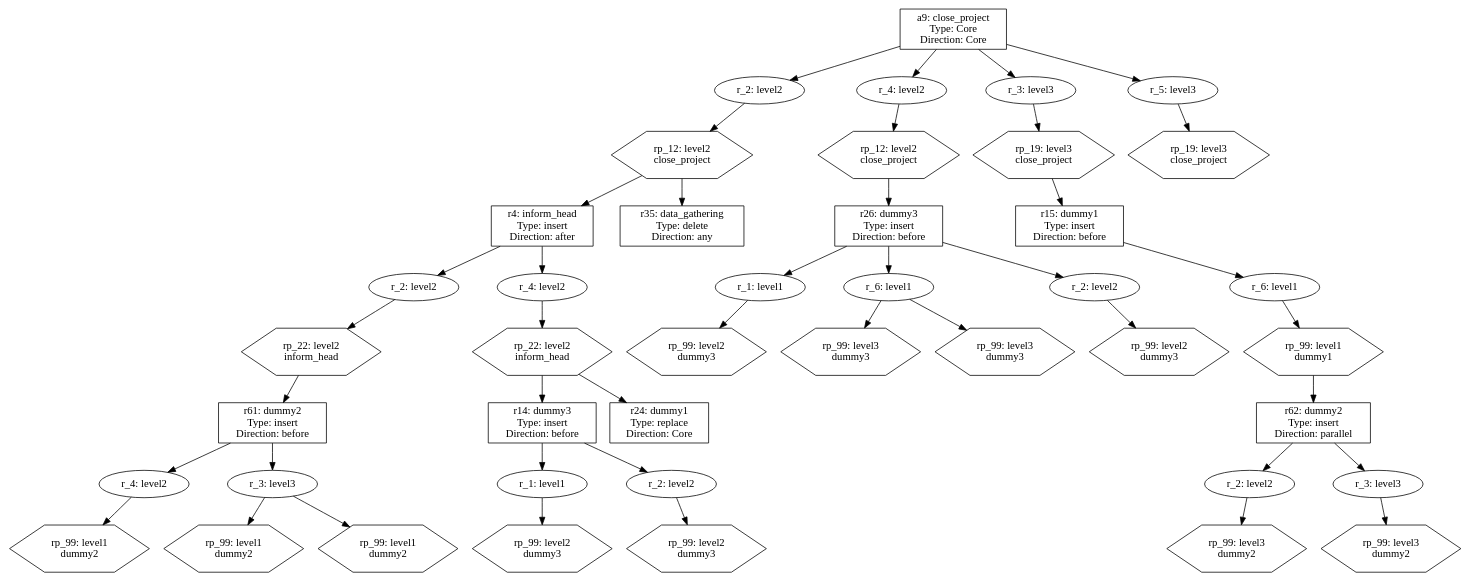
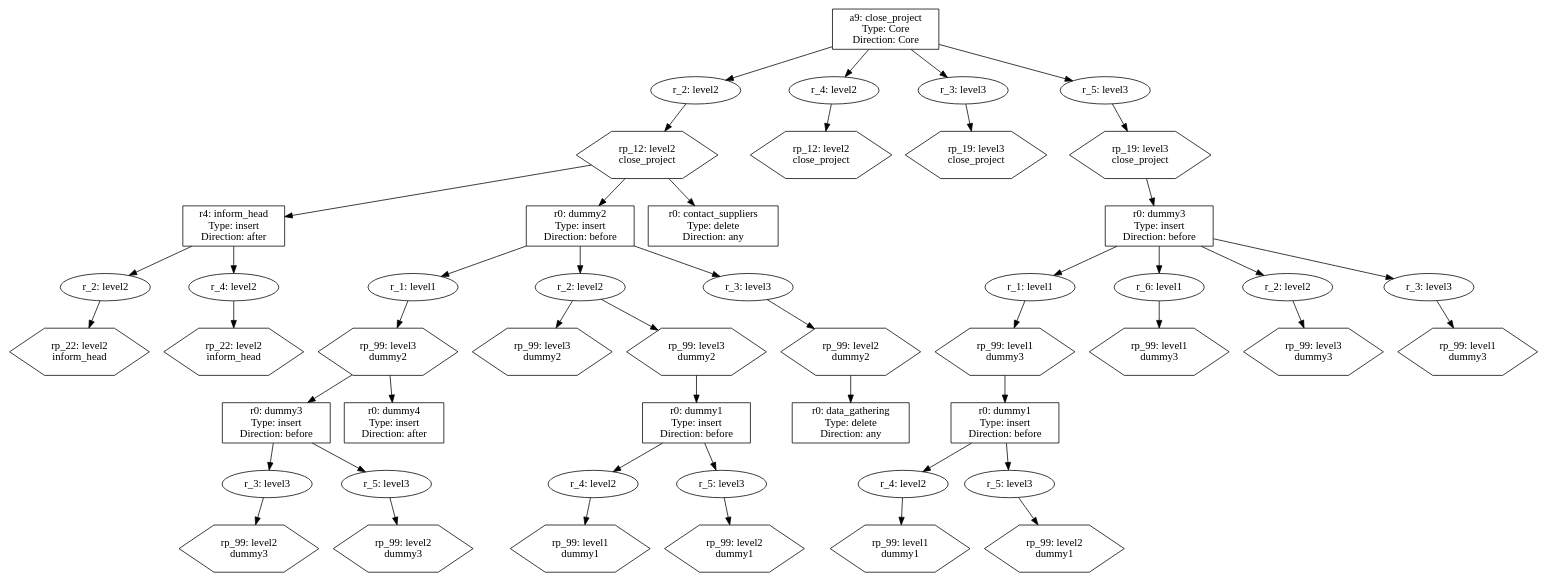
One commit to Schlixmann/RA-RPST-Allocation changed the diagram in tree_allocation/tree/tmp/call_tree.dot. Above: the diagram before and after it, drawn with Graphviz. The commit also changed 11 other files, not shown here.

```diff
--- a/tree_allocation/tree/tmp/call_tree.dot
+++ b/tree_allocation/tree/tmp/call_tree.dot
@@ -1,123 +1,139 @@
 digraph CallTree {
-	"e8c9a686-c128-11ee-ba9d-ac1a3ddd05c7" [label = "a9: close_project 
+	"a09e68c8-c1e7-11ee-8619-04cf4b795879" [label = "a9: close_project 
  Type: Core 
  Direction: Core" shape=rectangle]	; 
-	"e8c9b2de-c128-11ee-ba9d-ac1a3ddd05c7" [label = "r_2: level2"]	; 
-	"e8c9a686-c128-11ee-ba9d-ac1a3ddd05c7" -> "e8c9b2de-c128-11ee-ba9d-ac1a3ddd05c7"	 ;
-	"e8c9b4fa-c128-11ee-ba9d-ac1a3ddd05c7" [label = "rp_12: level2 
+	"a09e78e0-c1e7-11ee-8619-04cf4b795879" [label = "r_2: level2"]	; 
+	"a09e68c8-c1e7-11ee-8619-04cf4b795879" -> "a09e78e0-c1e7-11ee-8619-04cf4b795879"	 ;
+	"a09e7ade-c1e7-11ee-8619-04cf4b795879" [label = "rp_12: level2 
  close_project" shape=polygon sides=6]	; 
-	"e8c9b2de-c128-11ee-ba9d-ac1a3ddd05c7" -> "e8c9b4fa-c128-11ee-ba9d-ac1a3ddd05c7"	 ;
-	"e8c9b644-c128-11ee-ba9d-ac1a3ddd05c7" [label = "r4: inform_head 
+	"a09e78e0-c1e7-11ee-8619-04cf4b795879" -> "a09e7ade-c1e7-11ee-8619-04cf4b795879"	 ;
+	"a09e7be2-c1e7-11ee-8619-04cf4b795879" [label = "r4: inform_head 
  Type: insert 
  Direction: after" shape=rectangle]	; 
-	"e8c9b4fa-c128-11ee-ba9d-ac1a3ddd05c7" -> "e8c9b644-c128-11ee-ba9d-ac1a3ddd05c7"	 ;
-	"e8c9ba22-c128-11ee-ba9d-ac1a3ddd05c7" [label = "r_2: level2"]	; 
-	"e8c9b644-c128-11ee-ba9d-ac1a3ddd05c7" -> "e8c9ba22-c128-11ee-ba9d-ac1a3ddd05c7"	 ;
-	"e8c9bbe4-c128-11ee-ba9d-ac1a3ddd05c7" [label = "rp_22: level2 
+	"a09e7ade-c1e7-11ee-8619-04cf4b795879" -> "a09e7be2-c1e7-11ee-8619-04cf4b795879"	 ;
+	"a09e7fb6-c1e7-11ee-8619-04cf4b795879" [label = "r_2: level2"]	; 
+	"a09e7be2-c1e7-11ee-8619-04cf4b795879" -> "a09e7fb6-c1e7-11ee-8619-04cf4b795879"	 ;
+	"a09e81aa-c1e7-11ee-8619-04cf4b795879" [label = "rp_22: level2 
  inform_head" shape=polygon sides=6]	; 
-	"e8c9ba22-c128-11ee-ba9d-ac1a3ddd05c7" -> "e8c9bbe4-c128-11ee-ba9d-ac1a3ddd05c7"	 ;
-	"e8c9bd06-c128-11ee-ba9d-ac1a3ddd05c7" [label = "r61: dummy2 
+	"a09e7fb6-c1e7-11ee-8619-04cf4b795879" -> "a09e81aa-c1e7-11ee-8619-04cf4b795879"	 ;
+	"a09e82a4-c1e7-11ee-8619-04cf4b795879" [label = "r_4: level2"]	; 
+	"a09e7be2-c1e7-11ee-8619-04cf4b795879" -> "a09e82a4-c1e7-11ee-8619-04cf4b795879"	 ;
+	"a09e845c-c1e7-11ee-8619-04cf4b795879" [label = "rp_22: level2 
+ inform_head" shape=polygon sides=6]	; 
+	"a09e82a4-c1e7-11ee-8619-04cf4b795879" -> "a09e845c-c1e7-11ee-8619-04cf4b795879"	 ;
+	"a09e8542-c1e7-11ee-8619-04cf4b795879" [label = "r0: dummy2 
  Type: insert 
  Direction: before" shape=rectangle]	; 
-	"e8c9bbe4-c128-11ee-ba9d-ac1a3ddd05c7" -> "e8c9bd06-c128-11ee-ba9d-ac1a3ddd05c7"	 ;
-	"e8c9bf68-c128-11ee-ba9d-ac1a3ddd05c7" [label = "r_4: level2"]	; 
-	"e8c9bd06-c128-11ee-ba9d-ac1a3ddd05c7" -> "e8c9bf68-c128-11ee-ba9d-ac1a3ddd05c7"	 ;
-	"e8c9c102-c128-11ee-ba9d-ac1a3ddd05c7" [label = "rp_99: level1 
+	"a09e7ade-c1e7-11ee-8619-04cf4b795879" -> "a09e8542-c1e7-11ee-8619-04cf4b795879"	 ;
+	"a09e8b1e-c1e7-11ee-8619-04cf4b795879" [label = "r_1: level1"]	; 
+	"a09e8542-c1e7-11ee-8619-04cf4b795879" -> "a09e8b1e-c1e7-11ee-8619-04cf4b795879"	 ;
+	"a09e8cd6-c1e7-11ee-8619-04cf4b795879" [label = "rp_99: level3 
  dummy2" shape=polygon sides=6]	; 
-	"e8c9bf68-c128-11ee-ba9d-ac1a3ddd05c7" -> "e8c9c102-c128-11ee-ba9d-ac1a3ddd05c7"	 ;
-	"e8c9c224-c128-11ee-ba9d-ac1a3ddd05c7" [label = "r_3: level3"]	; 
-	"e8c9bd06-c128-11ee-ba9d-ac1a3ddd05c7" -> "e8c9c224-c128-11ee-ba9d-ac1a3ddd05c7"	 ;
-	"e8c9c3aa-c128-11ee-ba9d-ac1a3ddd05c7" [label = "rp_99: level1 
- dummy2" shape=polygon sides=6]	; 
-	"e8c9c224-c128-11ee-ba9d-ac1a3ddd05c7" -> "e8c9c3aa-c128-11ee-ba9d-ac1a3ddd05c7"	 ;
-	"e8c9c4ae-c128-11ee-ba9d-ac1a3ddd05c7" [label = "rp_99: level1 
- dummy2" shape=polygon sides=6]	; 
-	"e8c9c224-c128-11ee-ba9d-ac1a3ddd05c7" -> "e8c9c4ae-c128-11ee-ba9d-ac1a3ddd05c7"	 ;
-	"e8c9c5c6-c128-11ee-ba9d-ac1a3ddd05c7" [label = "r_4: level2"]	; 
-	"e8c9b644-c128-11ee-ba9d-ac1a3ddd05c7" -> "e8c9c5c6-c128-11ee-ba9d-ac1a3ddd05c7"	 ;
-	"e8c9c74c-c128-11ee-ba9d-ac1a3ddd05c7" [label = "rp_22: level2 
- inform_head" shape=polygon sides=6]	; 
-	"e8c9c5c6-c128-11ee-ba9d-ac1a3ddd05c7" -> "e8c9c74c-c128-11ee-ba9d-ac1a3ddd05c7"	 ;
-	"e8c9c8aa-c128-11ee-ba9d-ac1a3ddd05c7" [label = "r14: dummy3 
+	"a09e8b1e-c1e7-11ee-8619-04cf4b795879" -> "a09e8cd6-c1e7-11ee-8619-04cf4b795879"	 ;
+	"a09e8dd0-c1e7-11ee-8619-04cf4b795879" [label = "r0: dummy3 
  Type: insert 
  Direction: before" shape=rectangle]	; 
-	"e8c9c74c-c128-11ee-ba9d-ac1a3ddd05c7" -> "e8c9c8aa-c128-11ee-ba9d-ac1a3ddd05c7"	 ;
-	"e8c9cada-c128-11ee-ba9d-ac1a3ddd05c7" [label = "r_1: level1"]	; 
-	"e8c9c8aa-c128-11ee-ba9d-ac1a3ddd05c7" -> "e8c9cada-c128-11ee-ba9d-ac1a3ddd05c7"	 ;
-	"e8c9cc6a-c128-11ee-ba9d-ac1a3ddd05c7" [label = "rp_99: level2 
+	"a09e8cd6-c1e7-11ee-8619-04cf4b795879" -> "a09e8dd0-c1e7-11ee-8619-04cf4b795879"	 ;
+	"a09e903c-c1e7-11ee-8619-04cf4b795879" [label = "r_3: level3"]	; 
+	"a09e8dd0-c1e7-11ee-8619-04cf4b795879" -> "a09e903c-c1e7-11ee-8619-04cf4b795879"	 ;
+	"a09e91f4-c1e7-11ee-8619-04cf4b795879" [label = "rp_99: level2 
  dummy3" shape=polygon sides=6]	; 
-	"e8c9cada-c128-11ee-ba9d-ac1a3ddd05c7" -> "e8c9cc6a-c128-11ee-ba9d-ac1a3ddd05c7"	 ;
-	"e8c9cd78-c128-11ee-ba9d-ac1a3ddd05c7" [label = "r_2: level2"]	; 
-	"e8c9c8aa-c128-11ee-ba9d-ac1a3ddd05c7" -> "e8c9cd78-c128-11ee-ba9d-ac1a3ddd05c7"	 ;
-	"e8c9cefe-c128-11ee-ba9d-ac1a3ddd05c7" [label = "rp_99: level2 
+	"a09e903c-c1e7-11ee-8619-04cf4b795879" -> "a09e91f4-c1e7-11ee-8619-04cf4b795879"	 ;
+	"a09e92ee-c1e7-11ee-8619-04cf4b795879" [label = "r_5: level3"]	; 
+	"a09e8dd0-c1e7-11ee-8619-04cf4b795879" -> "a09e92ee-c1e7-11ee-8619-04cf4b795879"	 ;
+	"a09e9492-c1e7-11ee-8619-04cf4b795879" [label = "rp_99: level2 
  dummy3" shape=polygon sides=6]	; 
-	"e8c9cd78-c128-11ee-ba9d-ac1a3ddd05c7" -> "e8c9cefe-c128-11ee-ba9d-ac1a3ddd05c7"	 ;
-	"e8c9d00c-c128-11ee-ba9d-ac1a3ddd05c7" [label = "r24: dummy1 
- Type: replace 
- Direction: Core" shape=rectangle]	; 
-	"e8c9c74c-c128-11ee-ba9d-ac1a3ddd05c7" -> "e8c9d00c-c128-11ee-ba9d-ac1a3ddd05c7"	 ;
-	"e8c9d28c-c128-11ee-ba9d-ac1a3ddd05c7" [label = "r35: data_gathering 
+	"a09e92ee-c1e7-11ee-8619-04cf4b795879" -> "a09e9492-c1e7-11ee-8619-04cf4b795879"	 ;
+	"a09e9582-c1e7-11ee-8619-04cf4b795879" [label = "r0: dummy4 
+ Type: insert 
+ Direction: after" shape=rectangle]	; 
+	"a09e8cd6-c1e7-11ee-8619-04cf4b795879" -> "a09e9582-c1e7-11ee-8619-04cf4b795879"	 ;
+	"a09e9730-c1e7-11ee-8619-04cf4b795879" [label = "r_2: level2"]	; 
+	"a09e8542-c1e7-11ee-8619-04cf4b795879" -> "a09e9730-c1e7-11ee-8619-04cf4b795879"	 ;
+	"a09e98de-c1e7-11ee-8619-04cf4b795879" [label = "rp_99: level3 
+ dummy2" shape=polygon sides=6]	; 
+	"a09e9730-c1e7-11ee-8619-04cf4b795879" -> "a09e98de-c1e7-11ee-8619-04cf4b795879"	 ;
+	"a09e99ba-c1e7-11ee-8619-04cf4b795879" [label = "rp_99: level3 
+ dummy2" shape=polygon sides=6]	; 
+	"a09e9730-c1e7-11ee-8619-04cf4b795879" -> "a09e99ba-c1e7-11ee-8619-04cf4b795879"	 ;
+	"a09e9aa0-c1e7-11ee-8619-04cf4b795879" [label = "r0: dummy1 
+ Type: insert 
+ Direction: before" shape=rectangle]	; 
+	"a09e99ba-c1e7-11ee-8619-04cf4b795879" -> "a09e9aa0-c1e7-11ee-8619-04cf4b795879"	 ;
+	"a09e9d3e-c1e7-11ee-8619-04cf4b795879" [label = "r_4: level2"]	; 
+	"a09e9aa0-c1e7-11ee-8619-04cf4b795879" -> "a09e9d3e-c1e7-11ee-8619-04cf4b795879"	 ;
+	"a09e9ed8-c1e7-11ee-8619-04cf4b795879" [label = "rp_99: level1 
+ dummy1" shape=polygon sides=6]	; 
+	"a09e9d3e-c1e7-11ee-8619-04cf4b795879" -> "a09e9ed8-c1e7-11ee-8619-04cf4b795879"	 ;
+	"a09e9fbe-c1e7-11ee-8619-04cf4b795879" [label = "r_5: level3"]	; 
+	"a09e9aa0-c1e7-11ee-8619-04cf4b795879" -> "a09e9fbe-c1e7-11ee-8619-04cf4b795879"	 ;
+	"a09ea158-c1e7-11ee-8619-04cf4b795879" [label = "rp_99: level2 
+ dummy1" shape=polygon sides=6]	; 
+	"a09e9fbe-c1e7-11ee-8619-04cf4b795879" -> "a09ea158-c1e7-11ee-8619-04cf4b795879"	 ;
+	"a09ea23e-c1e7-11ee-8619-04cf4b795879" [label = "r_3: level3"]	; 
+	"a09e8542-c1e7-11ee-8619-04cf4b795879" -> "a09ea23e-c1e7-11ee-8619-04cf4b795879"	 ;
+	"a09ea428-c1e7-11ee-8619-04cf4b795879" [label = "rp_99: level2 
+ dummy2" shape=polygon sides=6]	; 
+	"a09ea23e-c1e7-11ee-8619-04cf4b795879" -> "a09ea428-c1e7-11ee-8619-04cf4b795879"	 ;
+	"a09ea504-c1e7-11ee-8619-04cf4b795879" [label = "r0: data_gathering 
  Type: delete 
  Direction: any" shape=rectangle]	; 
-	"e8c9b4fa-c128-11ee-ba9d-ac1a3ddd05c7" -> "e8c9d28c-c128-11ee-ba9d-ac1a3ddd05c7"	 ;
-	"e8c9d480-c128-11ee-ba9d-ac1a3ddd05c7" [label = "r_4: level2"]	; 
-	"e8c9a686-c128-11ee-ba9d-ac1a3ddd05c7" -> "e8c9d480-c128-11ee-ba9d-ac1a3ddd05c7"	 ;
-	"e8c9d62e-c128-11ee-ba9d-ac1a3ddd05c7" [label = "rp_12: level2 
+	"a09ea428-c1e7-11ee-8619-04cf4b795879" -> "a09ea504-c1e7-11ee-8619-04cf4b795879"	 ;
+	"a09ea694-c1e7-11ee-8619-04cf4b795879" [label = "r0: contact_suppliers 
+ Type: delete 
+ Direction: any" shape=rectangle]	; 
+	"a09e7ade-c1e7-11ee-8619-04cf4b795879" -> "a09ea694-c1e7-11ee-8619-04cf4b795879"	 ;
+	"a09ea81a-c1e7-11ee-8619-04cf4b795879" [label = "r_4: level2"]	; 
+	"a09e68c8-c1e7-11ee-8619-04cf4b795879" -> "a09ea81a-c1e7-11ee-8619-04cf4b795879"	 ;
+	"a09ea9dc-c1e7-11ee-8619-04cf4b795879" [label = "rp_12: level2 
  close_project" shape=polygon sides=6]	; 
-	"e8c9d480-c128-11ee-ba9d-ac1a3ddd05c7" -> "e8c9d62e-c128-11ee-ba9d-ac1a3ddd05c7"	 ;
-	"e8c9d746-c128-11ee-ba9d-ac1a3ddd05c7" [label = "r26: dummy3 
+	"a09ea81a-c1e7-11ee-8619-04cf4b795879" -> "a09ea9dc-c1e7-11ee-8619-04cf4b795879"	 ;
+	"a09eaac2-c1e7-11ee-8619-04cf4b795879" [label = "r_3: level3"]	; 
+	"a09e68c8-c1e7-11ee-8619-04cf4b795879" -> "a09eaac2-c1e7-11ee-8619-04cf4b795879"	 ;
+	"a09eac52-c1e7-11ee-8619-04cf4b795879" [label = "rp_19: level3 
+ close_project" shape=polygon sides=6]	; 
+	"a09eaac2-c1e7-11ee-8619-04cf4b795879" -> "a09eac52-c1e7-11ee-8619-04cf4b795879"	 ;
+	"a09ead2e-c1e7-11ee-8619-04cf4b795879" [label = "r_5: level3"]	; 
+	"a09e68c8-c1e7-11ee-8619-04cf4b795879" -> "a09ead2e-c1e7-11ee-8619-04cf4b795879"	 ;
+	"a09eaebe-c1e7-11ee-8619-04cf4b795879" [label = "rp_19: level3 
+ close_project" shape=polygon sides=6]	; 
+	"a09ead2e-c1e7-11ee-8619-04cf4b795879" -> "a09eaebe-c1e7-11ee-8619-04cf4b795879"	 ;
+	"a09eafa4-c1e7-11ee-8619-04cf4b795879" [label = "r0: dummy3 
  Type: insert 
  Direction: before" shape=rectangle]	; 
-	"e8c9d62e-c128-11ee-ba9d-ac1a3ddd05c7" -> "e8c9d746-c128-11ee-ba9d-ac1a3ddd05c7"	 ;
-	"e8c9d9b2-c128-11ee-ba9d-ac1a3ddd05c7" [label = "r_1: level1"]	; 
-	"e8c9d746-c128-11ee-ba9d-ac1a3ddd05c7" -> "e8c9d9b2-c128-11ee-ba9d-ac1a3ddd05c7"	 ;
-	"e8c9db4c-c128-11ee-ba9d-ac1a3ddd05c7" [label = "rp_99: level2 
+	"a09eaebe-c1e7-11ee-8619-04cf4b795879" -> "a09eafa4-c1e7-11ee-8619-04cf4b795879"	 ;
+	"a09eb418-c1e7-11ee-8619-04cf4b795879" [label = "r_1: level1"]	; 
+	"a09eafa4-c1e7-11ee-8619-04cf4b795879" -> "a09eb418-c1e7-11ee-8619-04cf4b795879"	 ;
+	"a09eb5b2-c1e7-11ee-8619-04cf4b795879" [label = "rp_99: level1 
  dummy3" shape=polygon sides=6]	; 
-	"e8c9d9b2-c128-11ee-ba9d-ac1a3ddd05c7" -> "e8c9db4c-c128-11ee-ba9d-ac1a3ddd05c7"	 ;
-	"e8c9dc64-c128-11ee-ba9d-ac1a3ddd05c7" [label = "r_6: level1"]	; 
-	"e8c9d746-c128-11ee-ba9d-ac1a3ddd05c7" -> "e8c9dc64-c128-11ee-ba9d-ac1a3ddd05c7"	 ;
-	"e8c9ddfe-c128-11ee-ba9d-ac1a3ddd05c7" [label = "rp_99: level3 
- dummy3" shape=polygon sides=6]	; 
-	"e8c9dc64-c128-11ee-ba9d-ac1a3ddd05c7" -> "e8c9ddfe-c128-11ee-ba9d-ac1a3ddd05c7"	 ;
-	"e8c9df0c-c128-11ee-ba9d-ac1a3ddd05c7" [label = "rp_99: level3 
- dummy3" shape=polygon sides=6]	; 
-	"e8c9dc64-c128-11ee-ba9d-ac1a3ddd05c7" -> "e8c9df0c-c128-11ee-ba9d-ac1a3ddd05c7"	 ;
-	"e8c9e010-c128-11ee-ba9d-ac1a3ddd05c7" [label = "r_2: level2"]	; 
-	"e8c9d746-c128-11ee-ba9d-ac1a3ddd05c7" -> "e8c9e010-c128-11ee-ba9d-ac1a3ddd05c7"	 ;
-	"e8c9e18c-c128-11ee-ba9d-ac1a3ddd05c7" [label = "rp_99: level2 
- dummy3" shape=polygon sides=6]	; 
-	"e8c9e010-c128-11ee-ba9d-ac1a3ddd05c7" -> "e8c9e18c-c128-11ee-ba9d-ac1a3ddd05c7"	 ;
-	"e8c9e2ae-c128-11ee-ba9d-ac1a3ddd05c7" [label = "r_3: level3"]	; 
-	"e8c9a686-c128-11ee-ba9d-ac1a3ddd05c7" -> "e8c9e2ae-c128-11ee-ba9d-ac1a3ddd05c7"	 ;
-	"e8c9e43e-c128-11ee-ba9d-ac1a3ddd05c7" [label = "rp_19: level3 
- close_project" shape=polygon sides=6]	; 
-	"e8c9e2ae-c128-11ee-ba9d-ac1a3ddd05c7" -> "e8c9e43e-c128-11ee-ba9d-ac1a3ddd05c7"	 ;
-	"e8c9e542-c128-11ee-ba9d-ac1a3ddd05c7" [label = "r15: dummy1 
+	"a09eb418-c1e7-11ee-8619-04cf4b795879" -> "a09eb5b2-c1e7-11ee-8619-04cf4b795879"	 ;
+	"a09eb684-c1e7-11ee-8619-04cf4b795879" [label = "r0: dummy1 
  Type: insert 
  Direction: before" shape=rectangle]	; 
-	"e8c9e43e-c128-11ee-ba9d-ac1a3ddd05c7" -> "e8c9e542-c128-11ee-ba9d-ac1a3ddd05c7"	 ;
-	"e8c9e7fe-c128-11ee-ba9d-ac1a3ddd05c7" [label = "r_6: level1"]	; 
-	"e8c9e542-c128-11ee-ba9d-ac1a3ddd05c7" -> "e8c9e7fe-c128-11ee-ba9d-ac1a3ddd05c7"	 ;
-	"e8c9e984-c128-11ee-ba9d-ac1a3ddd05c7" [label = "rp_99: level1 
+	"a09eb5b2-c1e7-11ee-8619-04cf4b795879" -> "a09eb684-c1e7-11ee-8619-04cf4b795879"	 ;
+	"a09eb8fa-c1e7-11ee-8619-04cf4b795879" [label = "r_4: level2"]	; 
+	"a09eb684-c1e7-11ee-8619-04cf4b795879" -> "a09eb8fa-c1e7-11ee-8619-04cf4b795879"	 ;
+	"a09eba8a-c1e7-11ee-8619-04cf4b795879" [label = "rp_99: level1 
  dummy1" shape=polygon sides=6]	; 
-	"e8c9e7fe-c128-11ee-ba9d-ac1a3ddd05c7" -> "e8c9e984-c128-11ee-ba9d-ac1a3ddd05c7"	 ;
-	"e8c9ea92-c128-11ee-ba9d-ac1a3ddd05c7" [label = "r62: dummy2 
- Type: insert 
- Direction: parallel" shape=rectangle]	; 
-	"e8c9e984-c128-11ee-ba9d-ac1a3ddd05c7" -> "e8c9ea92-c128-11ee-ba9d-ac1a3ddd05c7"	 ;
-	"e8c9ecc2-c128-11ee-ba9d-ac1a3ddd05c7" [label = "r_2: level2"]	; 
-	"e8c9ea92-c128-11ee-ba9d-ac1a3ddd05c7" -> "e8c9ecc2-c128-11ee-ba9d-ac1a3ddd05c7"	 ;
-	"e8c9ee52-c128-11ee-ba9d-ac1a3ddd05c7" [label = "rp_99: level3 
- dummy2" shape=polygon sides=6]	; 
-	"e8c9ecc2-c128-11ee-ba9d-ac1a3ddd05c7" -> "e8c9ee52-c128-11ee-ba9d-ac1a3ddd05c7"	 ;
-	"e8c9ef9c-c128-11ee-ba9d-ac1a3ddd05c7" [label = "r_3: level3"]	; 
-	"e8c9ea92-c128-11ee-ba9d-ac1a3ddd05c7" -> "e8c9ef9c-c128-11ee-ba9d-ac1a3ddd05c7"	 ;
-	"e8c9f122-c128-11ee-ba9d-ac1a3ddd05c7" [label = "rp_99: level3 
- dummy2" shape=polygon sides=6]	; 
-	"e8c9ef9c-c128-11ee-ba9d-ac1a3ddd05c7" -> "e8c9f122-c128-11ee-ba9d-ac1a3ddd05c7"	 ;
-	"e8c9f24e-c128-11ee-ba9d-ac1a3ddd05c7" [label = "r_5: level3"]	; 
-	"e8c9a686-c128-11ee-ba9d-ac1a3ddd05c7" -> "e8c9f24e-c128-11ee-ba9d-ac1a3ddd05c7"	 ;
-	"e8c9f3de-c128-11ee-ba9d-ac1a3ddd05c7" [label = "rp_19: level3 
- close_project" shape=polygon sides=6]	; 
-	"e8c9f24e-c128-11ee-ba9d-ac1a3ddd05c7" -> "e8c9f3de-c128-11ee-ba9d-ac1a3ddd05c7"	 ;
+	"a09eb8fa-c1e7-11ee-8619-04cf4b795879" -> "a09eba8a-c1e7-11ee-8619-04cf4b795879"	 ;
+	"a09ebb66-c1e7-11ee-8619-04cf4b795879" [label = "r_5: level3"]	; 
+	"a09eb684-c1e7-11ee-8619-04cf4b795879" -> "a09ebb66-c1e7-11ee-8619-04cf4b795879"	 ;
+	"a09ebcec-c1e7-11ee-8619-04cf4b795879" [label = "rp_99: level2 
+ dummy1" shape=polygon sides=6]	; 
+	"a09ebb66-c1e7-11ee-8619-04cf4b795879" -> "a09ebcec-c1e7-11ee-8619-04cf4b795879"	 ;
+	"a09ebdc8-c1e7-11ee-8619-04cf4b795879" [label = "r_6: level1"]	; 
+	"a09eafa4-c1e7-11ee-8619-04cf4b795879" -> "a09ebdc8-c1e7-11ee-8619-04cf4b795879"	 ;
+	"a09ebf58-c1e7-11ee-8619-04cf4b795879" [label = "rp_99: level1 
+ dummy3" shape=polygon sides=6]	; 
+	"a09ebdc8-c1e7-11ee-8619-04cf4b795879" -> "a09ebf58-c1e7-11ee-8619-04cf4b795879"	 ;
+	"a09ec02a-c1e7-11ee-8619-04cf4b795879" [label = "r_2: level2"]	; 
+	"a09eafa4-c1e7-11ee-8619-04cf4b795879" -> "a09ec02a-c1e7-11ee-8619-04cf4b795879"	 ;
+	"a09ec1a6-c1e7-11ee-8619-04cf4b795879" [label = "rp_99: level3 
+ dummy3" shape=polygon sides=6]	; 
+	"a09ec02a-c1e7-11ee-8619-04cf4b795879" -> "a09ec1a6-c1e7-11ee-8619-04cf4b795879"	 ;
+	"a09ec278-c1e7-11ee-8619-04cf4b795879" [label = "r_3: level3"]	; 
+	"a09eafa4-c1e7-11ee-8619-04cf4b795879" -> "a09ec278-c1e7-11ee-8619-04cf4b795879"	 ;
+	"a09ec408-c1e7-11ee-8619-04cf4b795879" [label = "rp_99: level1 
+ dummy3" shape=polygon sides=6]	; 
+	"a09ec278-c1e7-11ee-8619-04cf4b795879" -> "a09ec408-c1e7-11ee-8619-04cf4b795879"	 ;
 }
```
